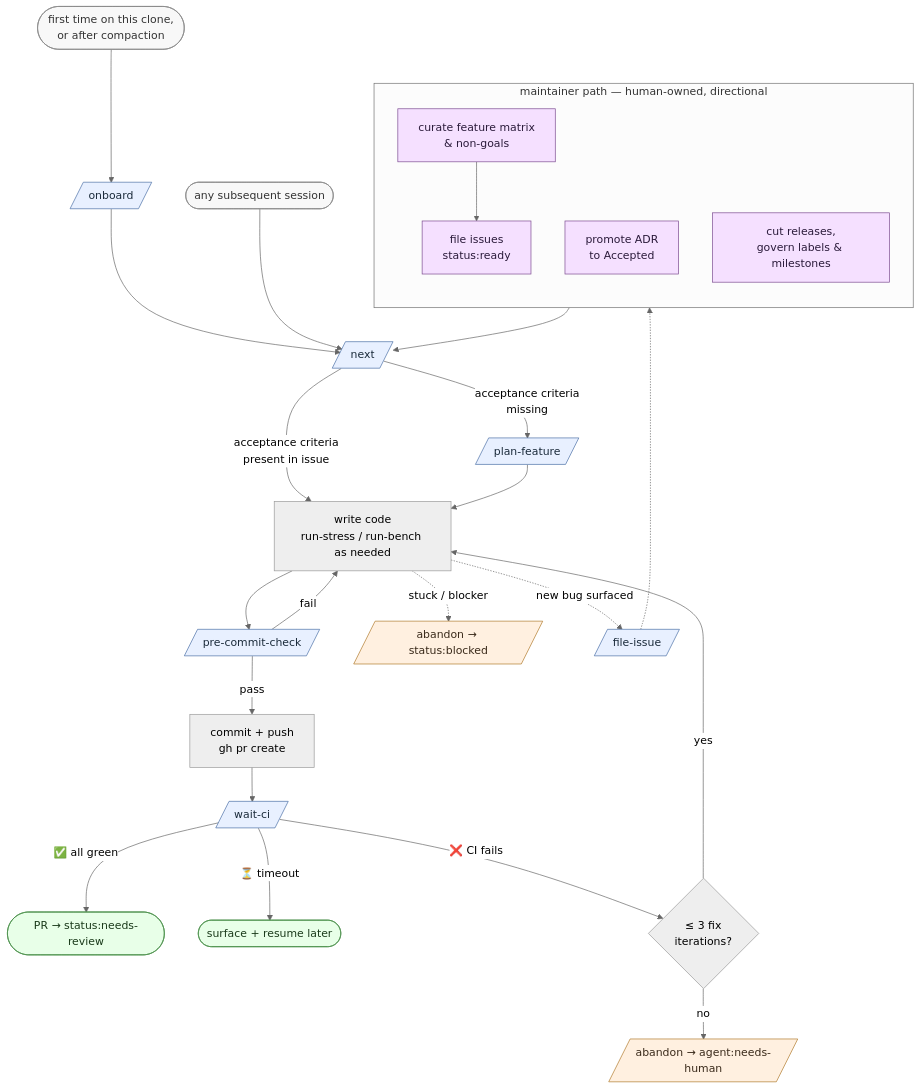
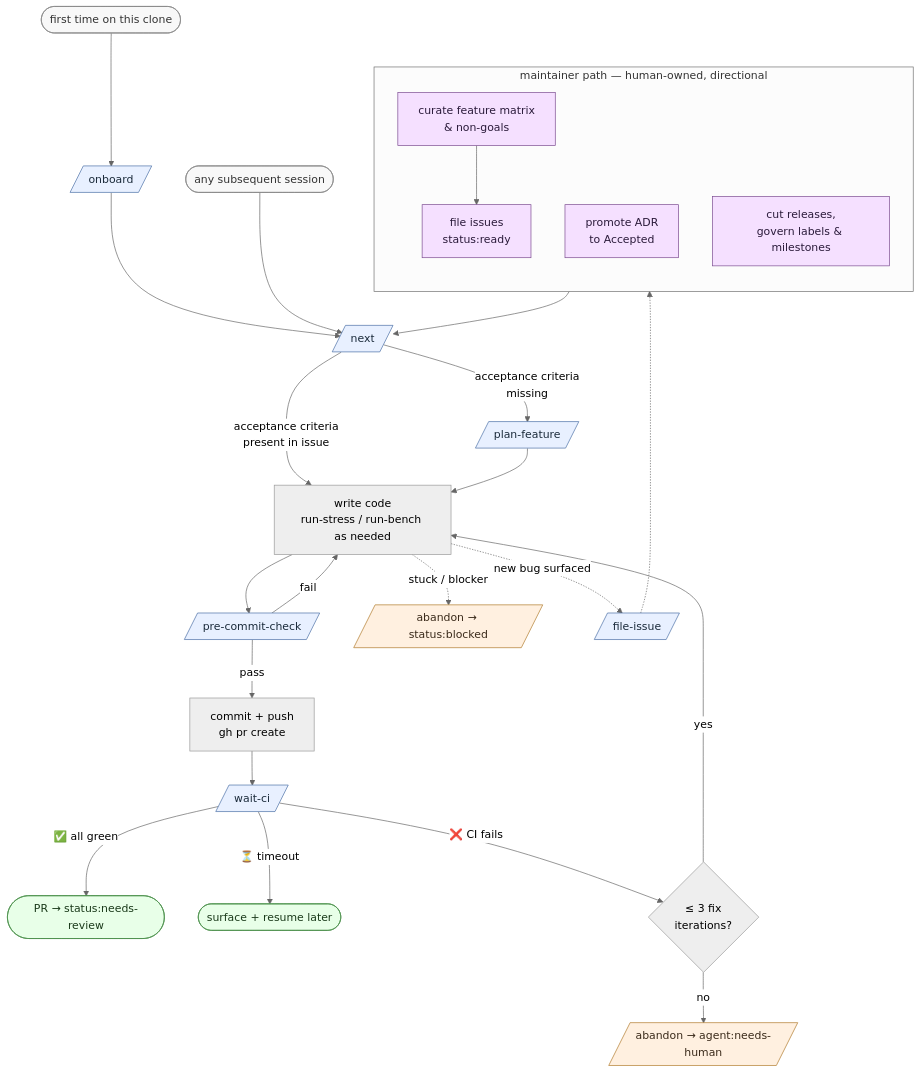
Before and after one commit to mroche14/physa-db: the second of 2 diagrams in README.md, drawn with Mermaid (neutral theme). The commit also changed other lines of this file and 3 other files, not shown here.

````diff
--- a/README.md
+++ b/README.md
@@ -150,46 +150,46 @@
 ```mermaid
 flowchart TD
     subgraph maintainer ["maintainer path — human-owned, directional"]
         direction TB
         m1[curate feature matrix<br/>& non-goals] --> m2[file issues<br/>status:ready]
         m3[promote ADR<br/>to Accepted]
         m4[cut releases,<br/>govern labels & milestones]
     end
 
     m2 --> next
 
-    first([first time on this clone,<br/>or after compaction]) --> onboard[/onboard/]
+    first([first time on this clone]) --> onboard[/onboard/]
     onboard --> next[/next/]
     repeat([any subsequent session]) --> next
 
     next -->|acceptance criteria<br/>present in issue| code[write code<br/>run-stress / run-bench as needed]
     next -->|acceptance criteria<br/>missing| plan[/plan-feature/]
     plan --> code
 
     code --> precheck[/pre-commit-check/]
     precheck -->|fail| code
     precheck -->|pass| push[commit + push<br/>gh pr create]
     push --> waitci[/wait-ci/]
 
     waitci -->|✅ all green| review([PR → status:needs-review])
     waitci -->|⏳ timeout| resume([surface + resume later])
     waitci -->|❌ CI fails| retries{≤ 3 fix<br/>iterations?}
 
     retries -->|yes| code
     retries -->|no| nh[/abandon → agent:needs-human/]
 
     code -. stuck / blocker .-> blocked[/abandon → status:blocked/]
     code -. new bug surfaced .-> fileissue[/file-issue/]
     fileissue -.-> m2
 
     classDef skill fill:#e8f0ff,stroke:#4a6fa5,color:#1a2a3a
     classDef terminal fill:#e8ffe8,stroke:#4a8f4a,color:#1a3a1a
     classDef escape fill:#fff0e0,stroke:#b07a2a,color:#3a2a1a
     classDef maint fill:#f5e0ff,stroke:#7a4a8f,color:#2a1a3a
     classDef entry fill:#f8f8f8,stroke:#888,color:#333
     class onboard,next,plan,precheck,waitci,fileissue skill
     class review,resume terminal
     class nh,blocked escape
     class m1,m2,m3,m4 maint
     class first,repeat entry
 ```
````
